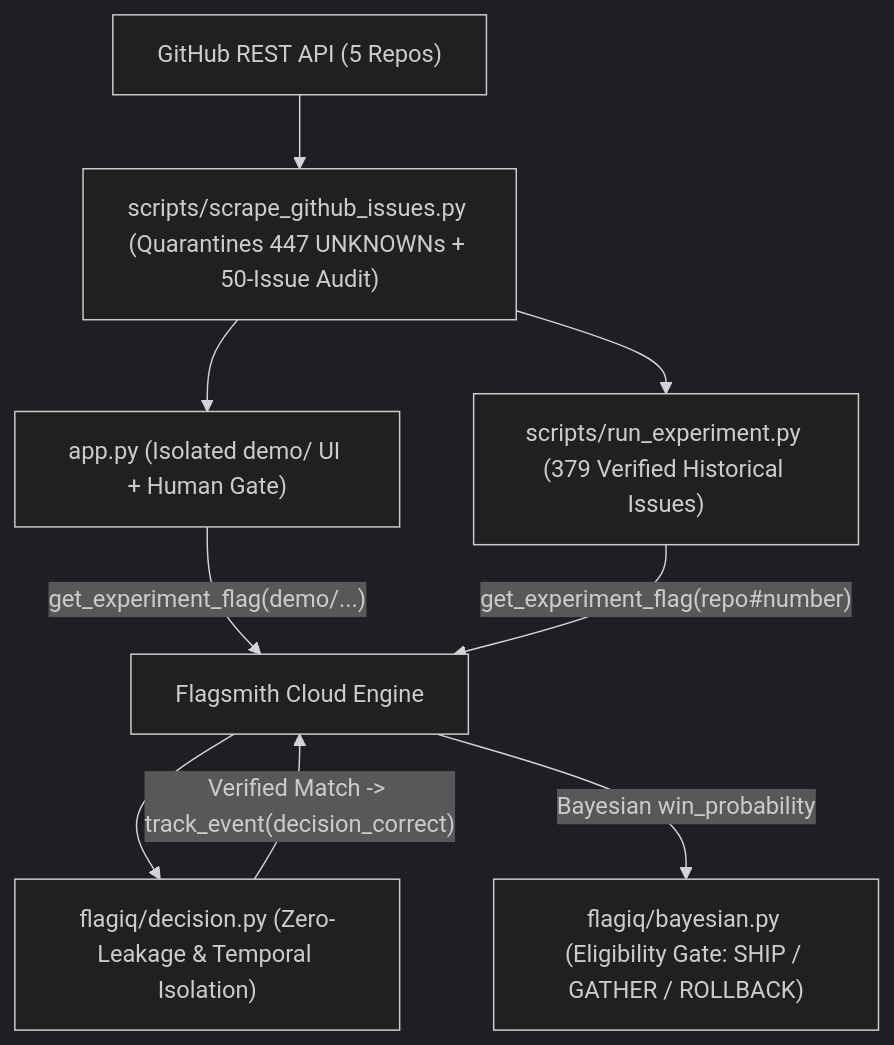
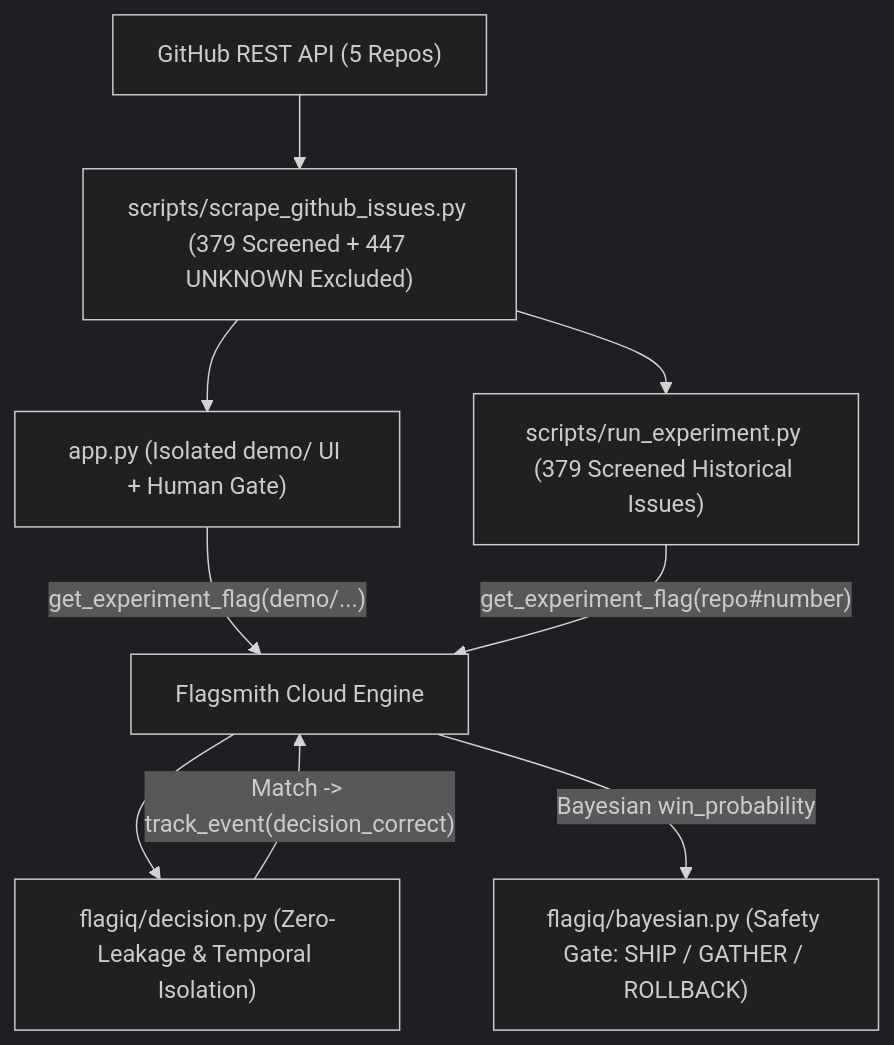
Before and after one commit to CodeUltr0n/FlagIQ: the diagram in README.md, drawn with Mermaid (dark theme). The commit also changed other lines of this file, not shown here.

````diff
--- a/README.md
+++ b/README.md
@@ -56,11 +63,11 @@
 ```mermaid
 flowchart TD
-    A["GitHub REST API (5 Repos)"] --> B["scripts/scrape_github_issues.py (Quarantines 447 UNKNOWNs + 50-Issue Audit)"]
+    A["GitHub REST API (5 Repos)"] --> B["scripts/scrape_github_issues.py (379 Screened + 447 UNKNOWN Excluded)"]
     B --> C["app.py (Isolated demo/ UI + Human Gate)"]
-    B --> D["scripts/run_experiment.py (379 Verified Historical Issues)"]
+    B --> D["scripts/run_experiment.py (379 Screened Historical Issues)"]
     C -->|"get_experiment_flag(demo/...)"| E["Flagsmith Cloud Engine"]
     D -->|"get_experiment_flag(repo#number)"| E
     E --> F["flagiq/decision.py (Zero-Leakage & Temporal Isolation)"]
-    F -->|"Verified Match -> track_event(decision_correct)"| E
-    E -->|"Bayesian win_probability"| G["flagiq/bayesian.py (Eligibility Gate: SHIP / GATHER / ROLLBACK)"]
+    F -->|"Match -> track_event(decision_correct)"| E
+    E -->|"Bayesian win_probability"| G["flagiq/bayesian.py (Safety Gate: SHIP / GATHER / ROLLBACK)"]
 ```
````
